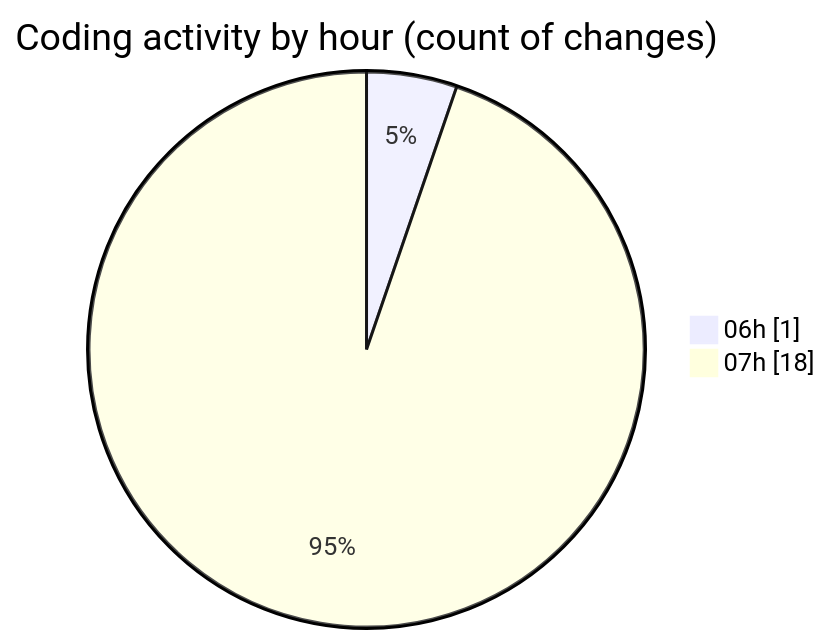
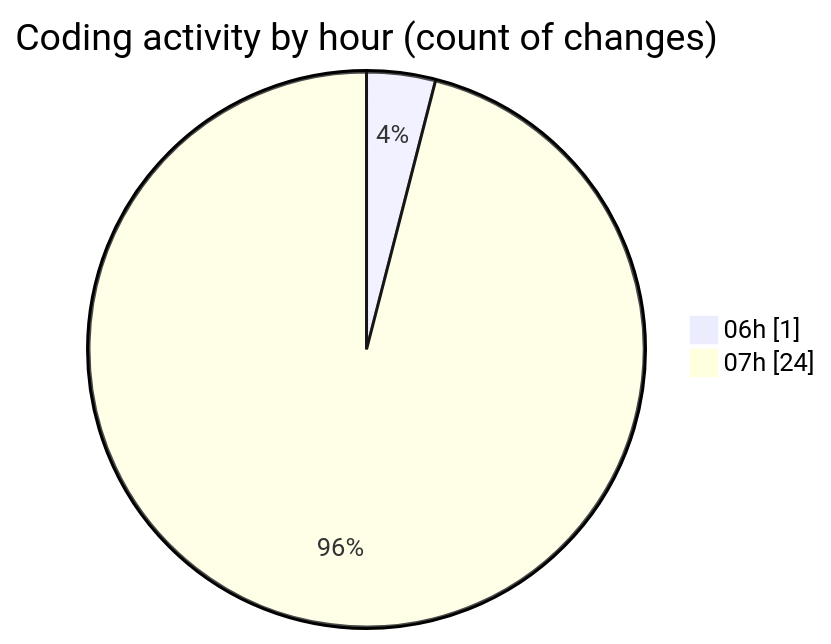
The second of 2 diagrams in 2025-04-10/zeytoon/README.md (vahidmafi/code-tracking), drawn with Mermaid before and after one commit. The commit also changed other lines of this file and 1 other file, not shown here.

````diff
--- a/2025-04-10/zeytoon/README.md
+++ b/2025-04-10/zeytoon/README.md
@@ -33,6 +37,6 @@
 ```mermaid
 pie showData
 title Coding activity by hour (count of changes)
 "06h" : 1
-"07h" : 18
+"07h" : 24
 ```
````
